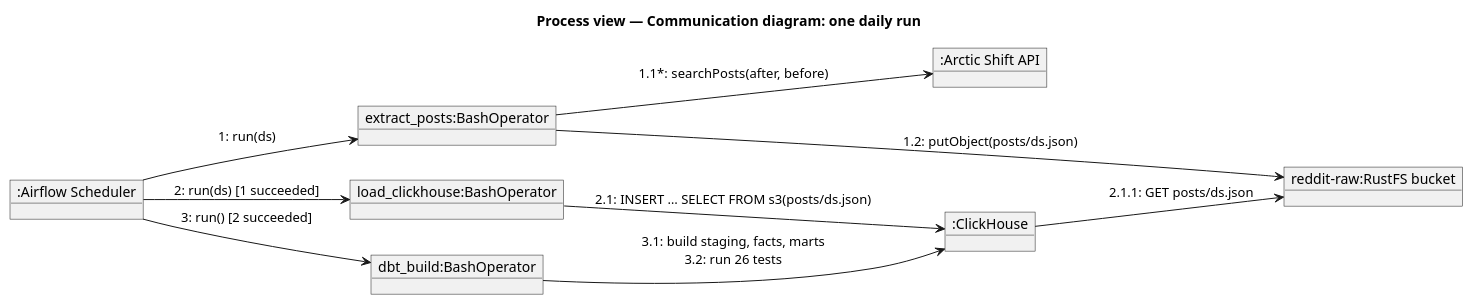
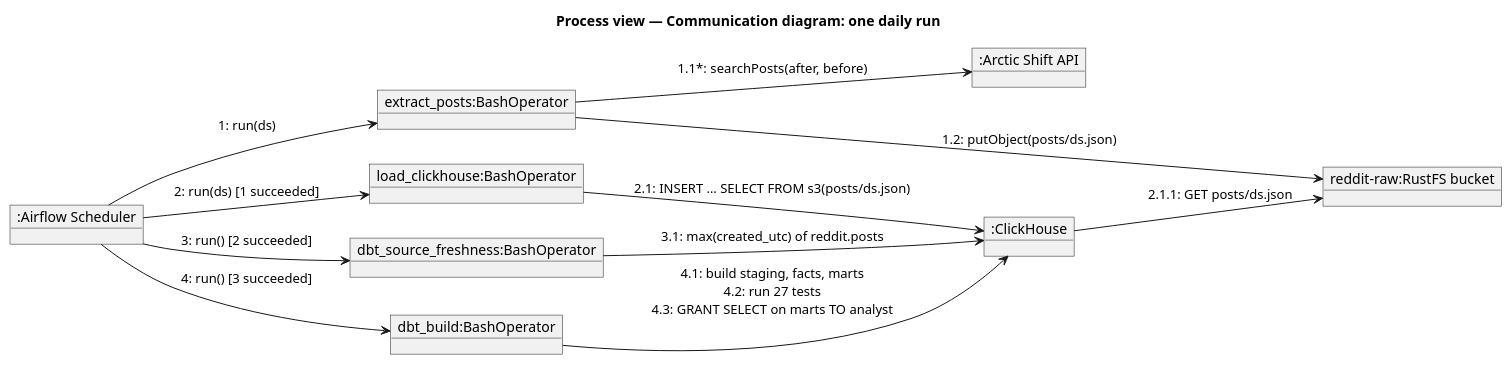
One commit to modsomjeed/reddit-dataeng changed the diagram in docs/architecture/diagrams/communication-daily-run.puml. Above: the diagram before and after it, drawn with PlantUML. The commit also changed 16 other files, not shown here.

Commit message:
docs(architecture): update views for dashboard, governance and freshness

```diff
--- a/docs/architecture/diagrams/communication-daily-run.puml
+++ b/docs/architecture/diagrams/communication-daily-run.puml
@@ -1,22 +1,25 @@
 @startuml communication-daily-run
 title Process view — Communication diagram: one daily run
 skinparam shadowing false
 left to right direction
 
 object ":Airflow Scheduler" as scheduler
 object "extract_posts:BashOperator" as extract
 object "load_clickhouse:BashOperator" as load
+object "dbt_source_freshness:BashOperator" as fresh
 object "dbt_build:BashOperator" as dbt
 object ":Arctic Shift API" as arctic
 object "reddit-raw:RustFS bucket" as bucket
 object ":ClickHouse" as ch
 
 scheduler --> extract : "1: run(ds)"
 extract --> arctic : "1.1*: searchPosts(after, before)"
 extract --> bucket : "1.2: putObject(posts/ds.json)"
 scheduler --> load : "2: run(ds) [1 succeeded]"
 load --> ch : "2.1: INSERT … SELECT FROM s3(posts/ds.json)"
 ch --> bucket : "2.1.1: GET posts/ds.json"
-scheduler --> dbt : "3: run() [2 succeeded]"
-dbt --> ch : "3.1: build staging, facts, marts\n3.2: run 26 tests"
+scheduler --> fresh : "3: run() [2 succeeded]"
+fresh --> ch : "3.1: max(created_utc) of reddit.posts"
+scheduler --> dbt : "4: run() [3 succeeded]"
+dbt --> ch : "4.1: build staging, facts, marts\n4.2: run 27 tests\n4.3: GRANT SELECT on marts TO analyst"
 @enduml
```
